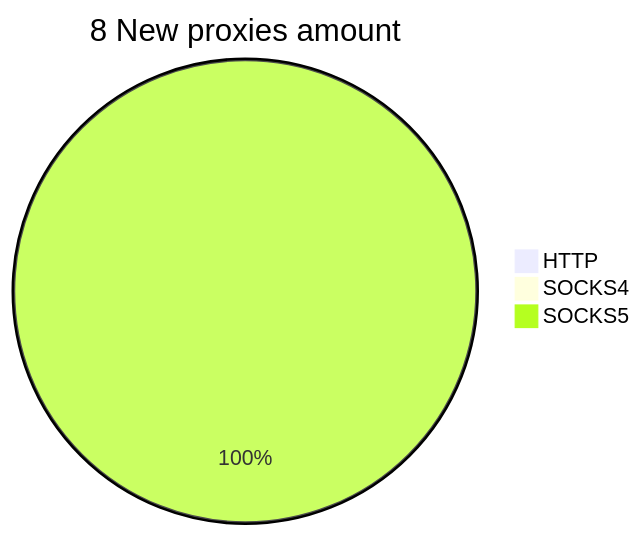
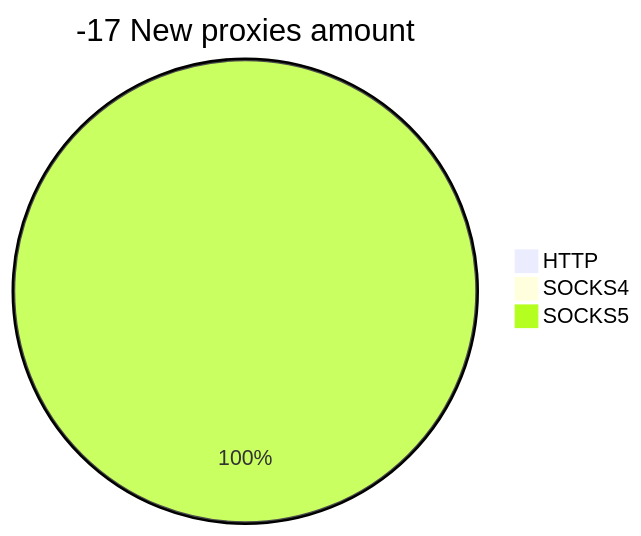
One commit to cutipu/proxylist changed the second of 2 diagrams in README.md. Above: the diagram before and after it, drawn with Mermaid. The commit also changed other lines of this file, not shown here.

````diff
--- a/README.md
+++ b/README.md
@@ -10,6 +10,6 @@
 ```mermaid
-pie title 8 New proxies amount
+pie title -17 New proxies amount
     "HTTP" : 0
     "SOCKS4" : 0
-    "SOCKS5" : 8
+    "SOCKS5" : 4
 ```
````
